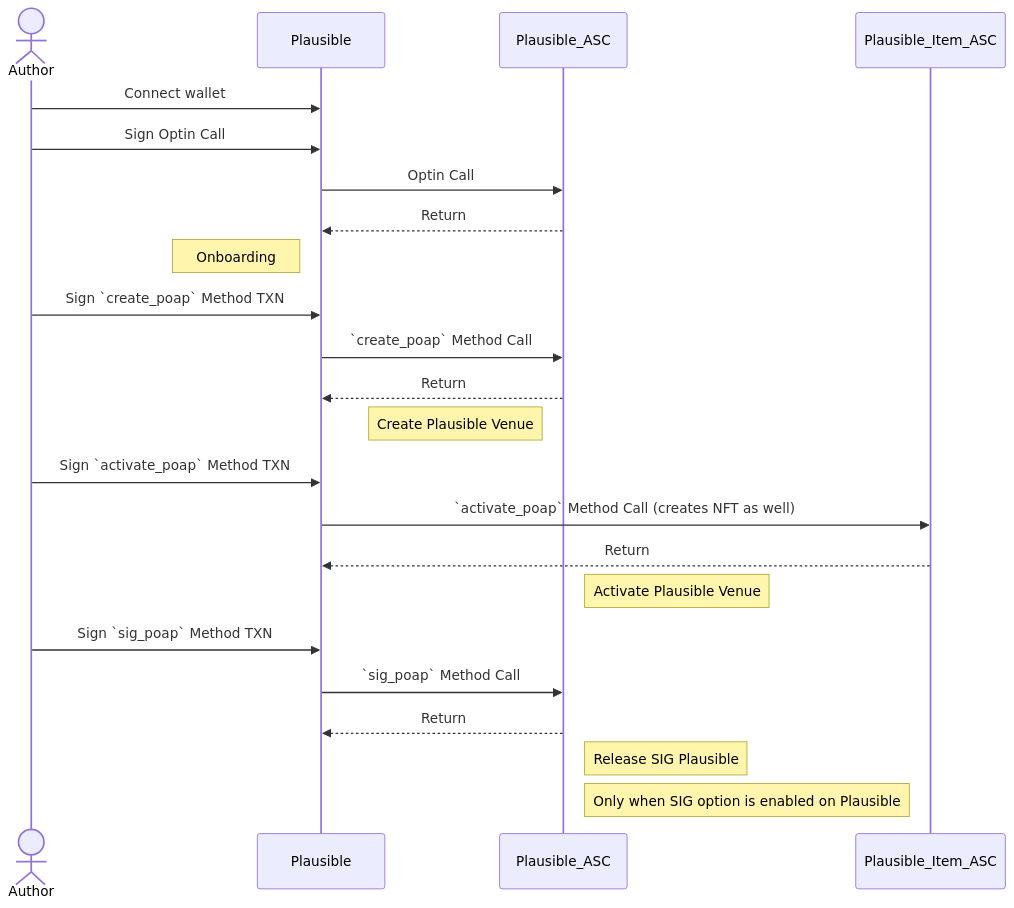
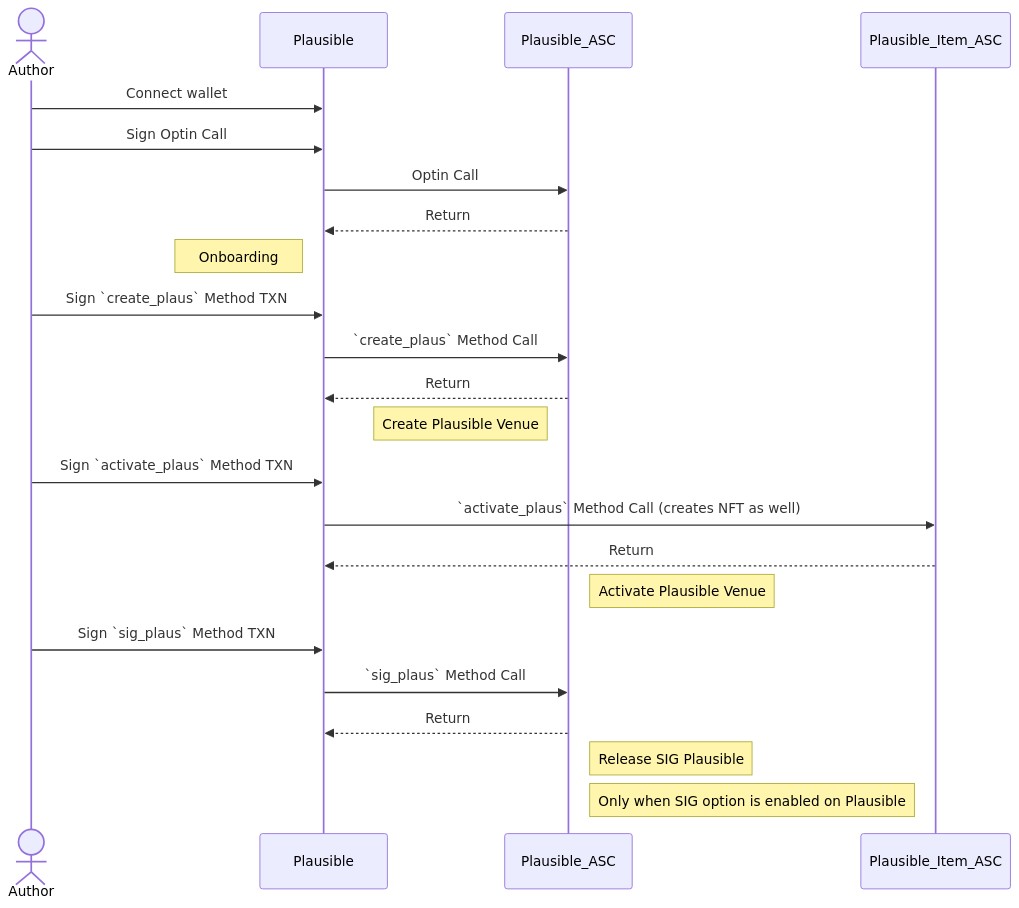
The second of 8 diagrams in profile/README.md (GoPlausible/.github), drawn with Mermaid before and after one commit. The commit also changed other lines of this file, not shown here.

````diff
--- a/profile/README.md
+++ b/profile/README.md
@@ -127,28 +127,28 @@
 ```mermaid
 sequenceDiagram 
 actor Author
 participant Plausible
 participant Plausible_ASC
 participant Plausible_Item_ASC
 Author ->> Plausible: Connect wallet
 Author ->> Plausible: Sign Optin Call
 Plausible ->> Plausible_ASC: Optin Call
 Plausible_ASC -->> Plausible: Return
 Note left of Plausible: Onboarding
-Author ->> Plausible: Sign `create_poap` Method TXN
-Plausible ->> Plausible_ASC:  `create_poap` Method Call
+Author ->> Plausible: Sign `create_plaus` Method TXN
+Plausible ->> Plausible_ASC:  `create_plaus` Method Call
 Plausible_ASC -->> Plausible: Return
 Note left of Plausible_ASC: Create Plausible Venue
-Author ->> Plausible: Sign `activate_poap` Method TXN
-Plausible ->> Plausible_Item_ASC: `activate_poap` Method Call (creates NFT as well)
+Author ->> Plausible: Sign `activate_plaus` Method TXN
+Plausible ->> Plausible_Item_ASC: `activate_plaus` Method Call (creates NFT as well)
 Plausible_Item_ASC -->> Plausible: Return
 Note right of Plausible_ASC: Activate Plausible Venue
-Author ->> Plausible: Sign `sig_poap` Method TXN
-Plausible ->> Plausible_ASC: `sig_poap` Method Call 
+Author ->> Plausible: Sign `sig_plaus` Method TXN
+Plausible ->> Plausible_ASC: `sig_plaus` Method Call 
 Plausible_ASC -->> Plausible: Return
 Note right of Plausible_ASC: Release SIG Plausible
 Note right of Plausible_ASC: Only when SIG option is enabled on Plausible
 
 
 
 ```
````
